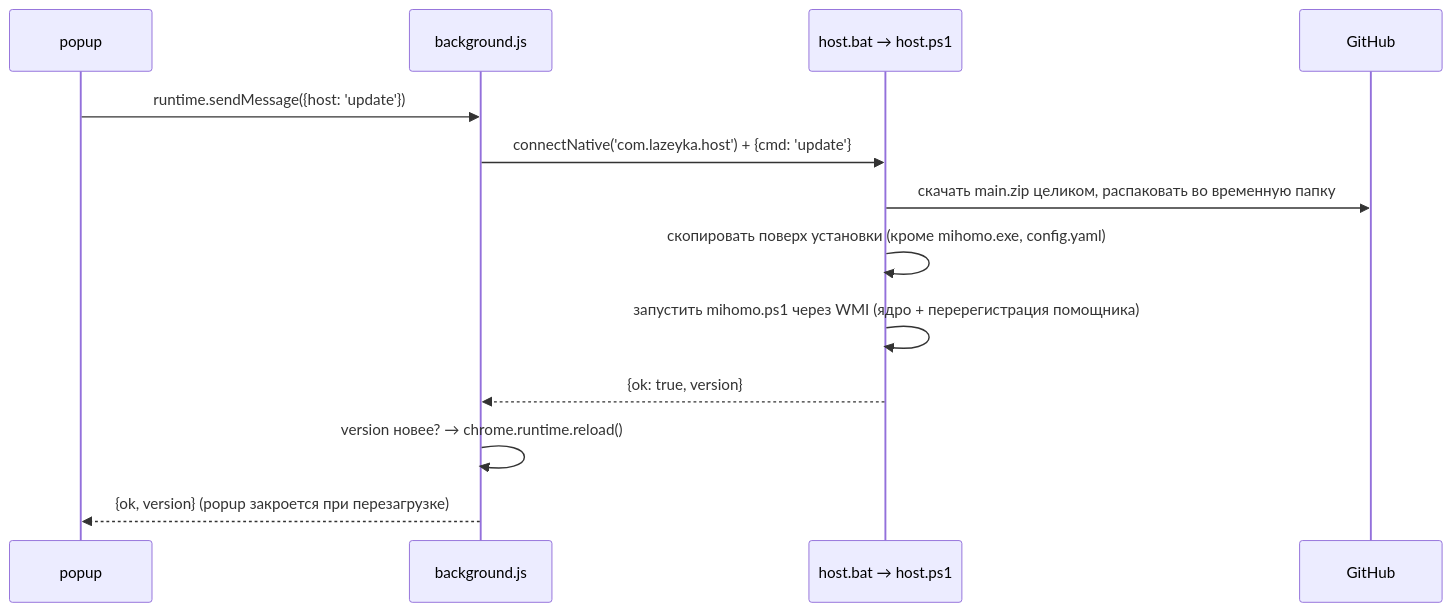
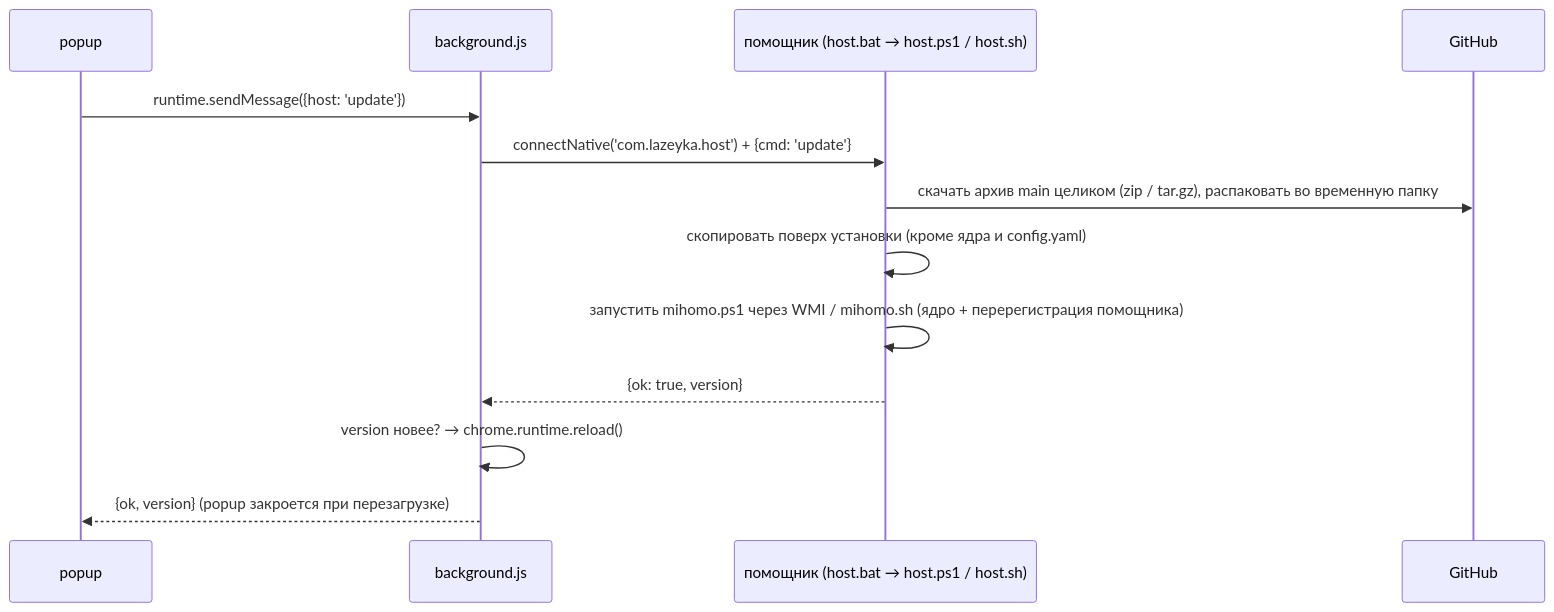
Before and after one commit to DUFUSxD/lazeyka: the third of 3 diagrams in docs/architecture.md, drawn with Mermaid. The commit also changed other lines of this file and 31 other files, not shown here.

````diff
--- a/docs/architecture.md
+++ b/docs/architecture.md
@@ -113,15 +113,15 @@
 ```mermaid
 sequenceDiagram
   participant P as popup
   participant B as background.js
-  participant H as host.bat → host.ps1
+  participant H as помощник (host.bat → host.ps1 / host.sh)
   participant G as GitHub
   P->>B: runtime.sendMessage({host: 'update'})
   B->>H: connectNative('com.lazeyka.host') + {cmd: 'update'}
-  H->>G: скачать main.zip целиком, распаковать во временную папку
-  H->>H: скопировать поверх установки (кроме mihomo.exe, config.yaml)
-  H->>H: запустить mihomo.ps1 через WMI (ядро + перерегистрация помощника)
+  H->>G: скачать архив main целиком (zip / tar.gz), распаковать во временную папку
+  H->>H: скопировать поверх установки (кроме ядра и config.yaml)
+  H->>H: запустить mihomo.ps1 через WMI / mihomo.sh (ядро + перерегистрация помощника)
   H-->>B: {ok: true, version}
   B->>B: version новее? → chrome.runtime.reload()
   B-->>P: {ok, version} (popup закроется при перезагрузке)
 ```
````
